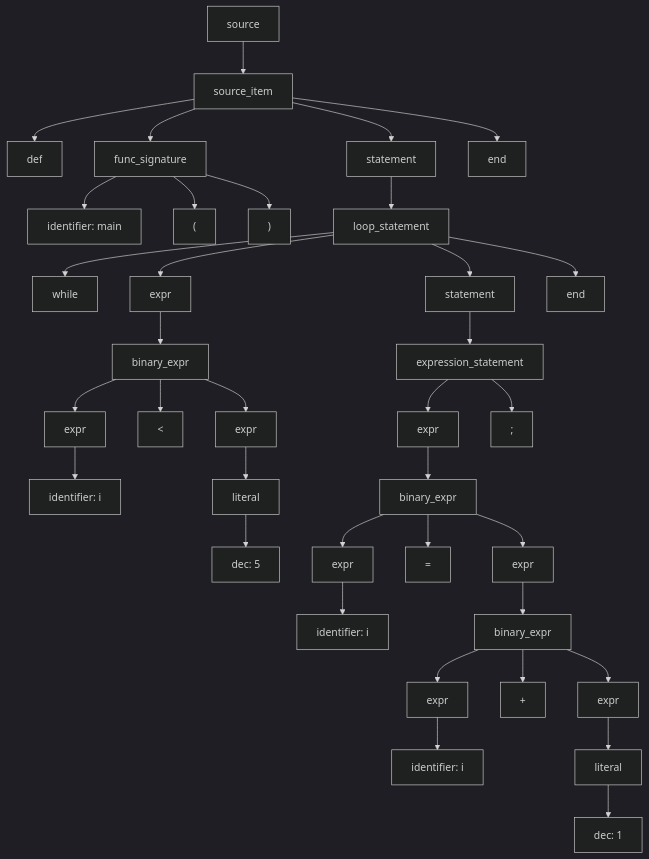
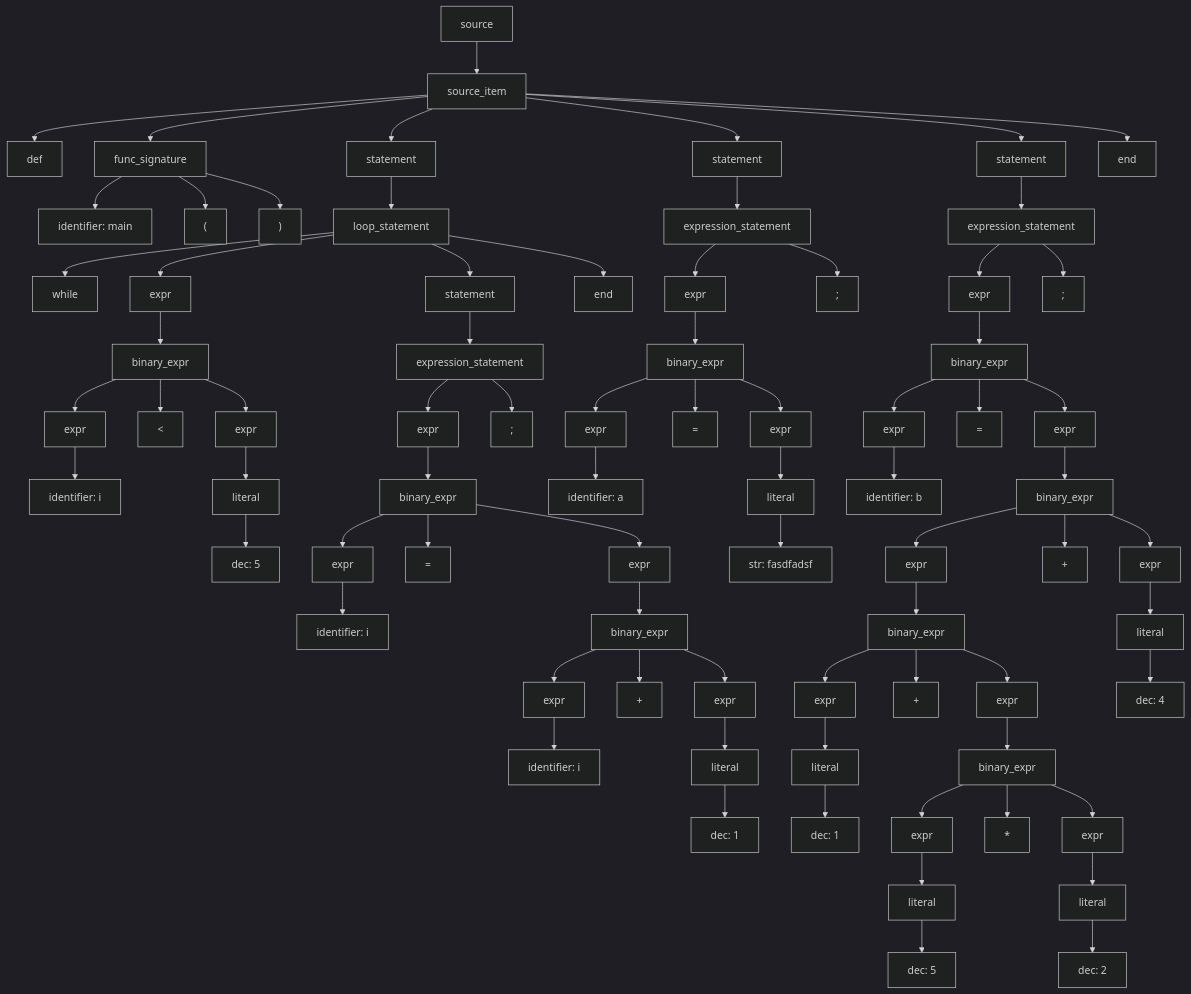
One commit to ErnandesDaniel/system-software-lab-1 changed the diagram in ast.mmd. Above: the diagram before and after it, drawn with Mermaid (dark theme). The commit also changed 2 other files, not shown here.

```diff
--- a/ast.mmd
+++ b/ast.mmd
@@ -1,72 +1,152 @@
 graph TD;
 N0["source"]
 N1["source_item"]
 N0 --> N1
 N2["def"]
 N1 --> N2
 N3["func_signature"]
 N1 --> N3
 N4["identifier: main"]
 N3 --> N4
 N5["("]
 N3 --> N5
 N6[")"]
 N3 --> N6
 N7["statement"]
 N1 --> N7
 N8["loop_statement"]
 N7 --> N8
 N9["while"]
 N8 --> N9
 N10["expr"]
 N8 --> N10
 N11["binary_expr"]
 N10 --> N11
 N12["expr"]
 N11 --> N12
 N13["identifier: i"]
 N12 --> N13
 N14["<"]
 N11 --> N14
 N15["expr"]
 N11 --> N15
 N16["literal"]
 N15 --> N16
 N17["dec: 5"]
 N16 --> N17
 N18["statement"]
 N8 --> N18
 N19["expression_statement"]
 N18 --> N19
 N20["expr"]
 N19 --> N20
 N21["binary_expr"]
 N20 --> N21
 N22["expr"]
 N21 --> N22
 N23["identifier: i"]
 N22 --> N23
 N24["="]
 N21 --> N24
 N25["expr"]
 N21 --> N25
 N26["binary_expr"]
 N25 --> N26
 N27["expr"]
 N26 --> N27
 N28["identifier: i"]
 N27 --> N28
 N29["+"]
 N26 --> N29
 N30["expr"]
 N26 --> N30
 N31["literal"]
 N30 --> N31
 N32["dec: 1"]
 N31 --> N32
 N33[";"]
 N19 --> N33
 N34["end"]
 N8 --> N34
-N35["end"]
+N35["statement"]
 N1 --> N35
+N36["expression_statement"]
+N35 --> N36
+N37["expr"]
+N36 --> N37
+N38["binary_expr"]
+N37 --> N38
+N39["expr"]
+N38 --> N39
+N40["identifier: a"]
+N39 --> N40
+N41["="]
+N38 --> N41
+N42["expr"]
+N38 --> N42
+N43["literal"]
+N42 --> N43
+N44["str: "fasdfadsf""]
+N43 --> N44
+N45[";"]
+N36 --> N45
+N46["statement"]
+N1 --> N46
+N47["expression_statement"]
+N46 --> N47
+N48["expr"]
+N47 --> N48
+N49["binary_expr"]
+N48 --> N49
+N50["expr"]
+N49 --> N50
+N51["identifier: b"]
+N50 --> N51
+N52["="]
+N49 --> N52
+N53["expr"]
+N49 --> N53
+N54["binary_expr"]
+N53 --> N54
+N55["expr"]
+N54 --> N55
+N56["binary_expr"]
+N55 --> N56
+N57["expr"]
+N56 --> N57
+N58["literal"]
+N57 --> N58
+N59["dec: 1"]
+N58 --> N59
+N60["+"]
+N56 --> N60
+N61["expr"]
+N56 --> N61
+N62["binary_expr"]
+N61 --> N62
+N63["expr"]
+N62 --> N63
+N64["literal"]
+N63 --> N64
+N65["dec: 5"]
+N64 --> N65
+N66["*"]
+N62 --> N66
+N67["expr"]
+N62 --> N67
+N68["literal"]
+N67 --> N68
+N69["dec: 2"]
+N68 --> N69
+N70["+"]
+N54 --> N70
+N71["expr"]
+N54 --> N71
+N72["literal"]
+N71 --> N72
+N73["dec: 4"]
+N72 --> N73
+N74[";"]
+N47 --> N74
+N75["end"]
+N1 --> N75
```
